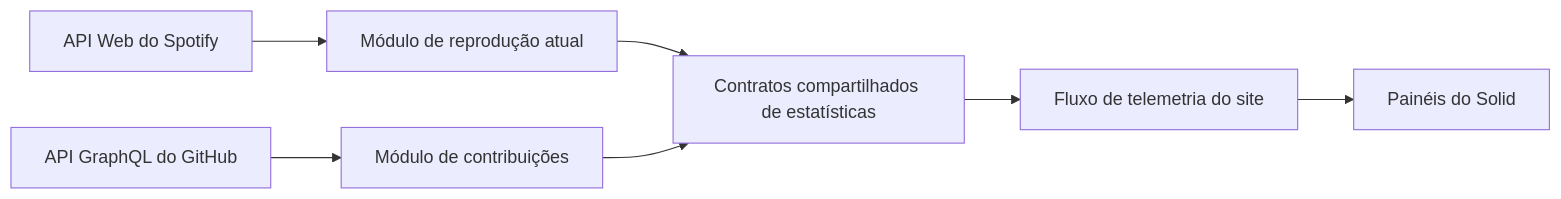
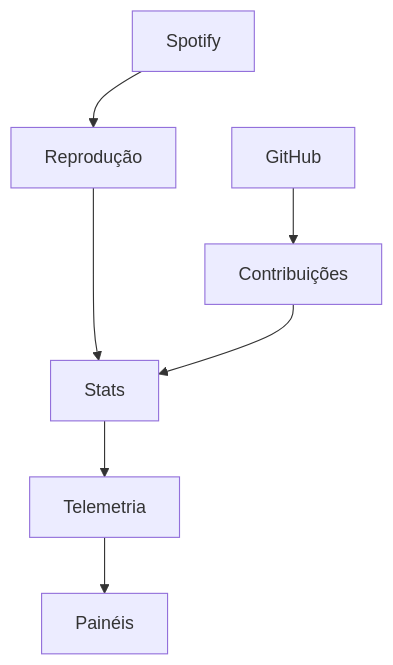
One commit to ErickCReis/ErickCReis changed the first of 2 diagrams in web/content/blog/personal-telemetry-from-spotify-and-github.pt-BR.mdx. Above: the diagram before and after it, drawn with Mermaid. The commit also changed other lines of this file and 21 other files, not shown here.

First line of the commit message:
Improve Mermaid diagram readability across blog posts

````diff
--- a/web/content/blog/personal-telemetry-from-spotify-and-github.pt-BR.mdx
+++ b/web/content/blog/personal-telemetry-from-spotify-and-github.pt-BR.mdx
@@ -16,9 +16,11 @@
 ```mermaid center
-flowchart LR
-  SpotifyAPI["API Web do Spotify"] --> Spotify["Módulo de reprodução atual"]
-  GitHubAPI["API GraphQL do GitHub"] --> GitHub["Módulo de contribuições"]
-  Spotify --> Contract["Contratos compartilhados de estatísticas"]
+flowchart TB
+  SpotifyAPI["Spotify"] --> Spotify["Reprodução"]
+  GitHubAPI["GitHub"] --> GitHub["Contribuições"]
+  SpotifyAPI ~~~ GitHubAPI
+  Spotify ~~~ GitHub
+  Spotify --> Contract["Stats"]
   GitHub --> Contract
-  Contract --> Stream["Fluxo de telemetria do site"]
-  Stream --> Panels["Painéis do Solid"]
+  Contract --> Stream["Telemetria"]
+  Stream --> Panels["Painéis"]
 ```
````
